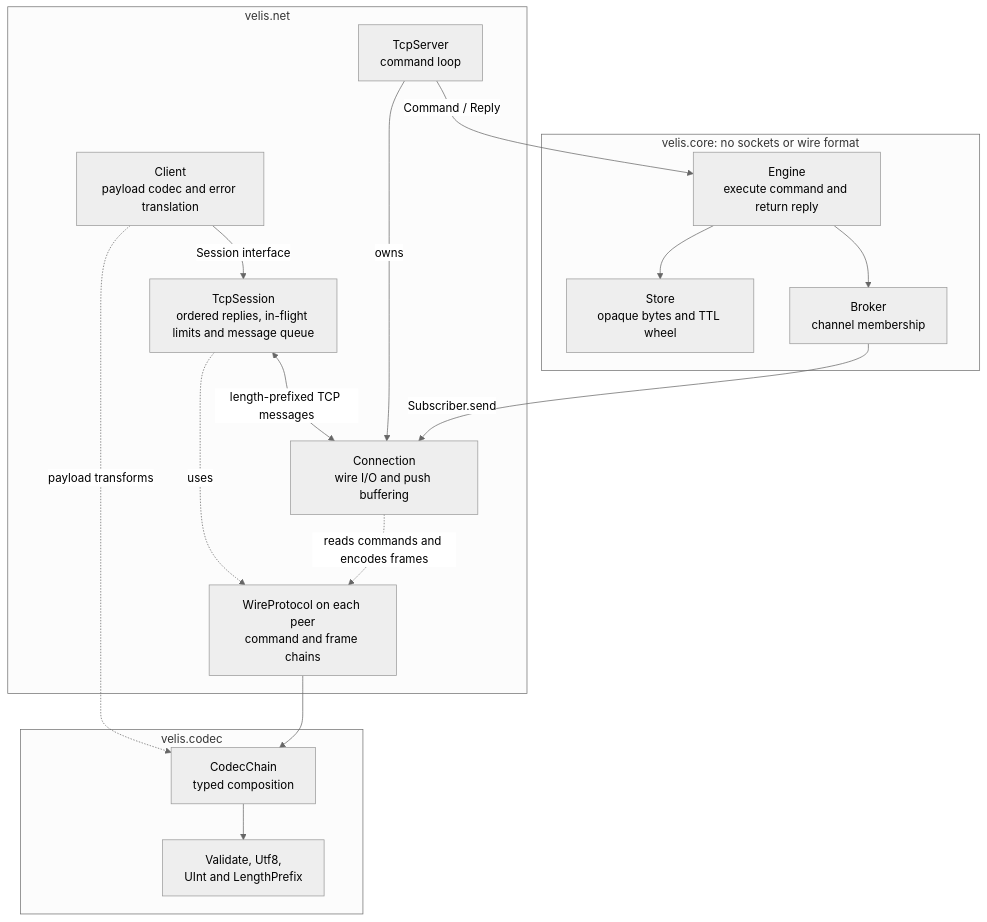
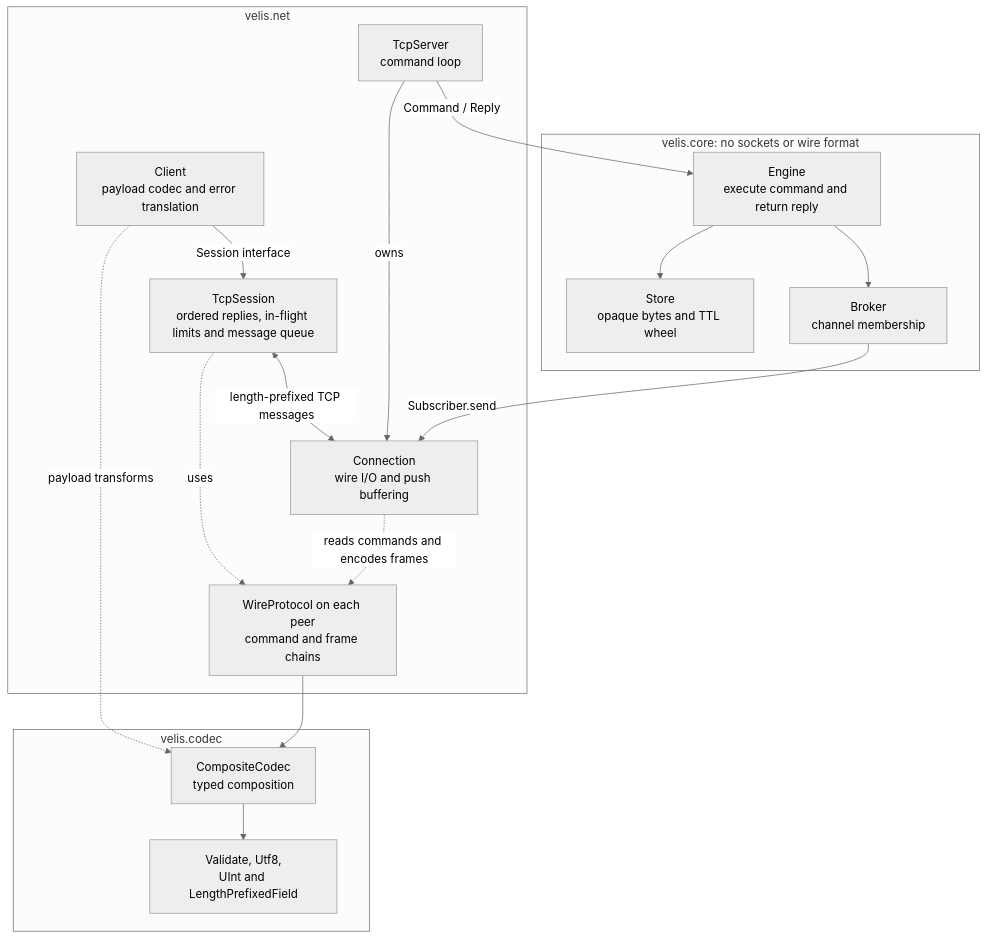
One commit to gchape/velis changed the first of 6 diagrams in README.md. Above: the diagram before and after it, drawn with Mermaid (neutral theme). The commit also changed other lines of this file and 29 other files, not shown here.

First line of the commit message:
refactor(codec)!: split value, field and record codecs

````diff
--- a/README.md
+++ b/README.md
@@ -120,34 +120,34 @@
 ```mermaid
 flowchart TB
     subgraph net ["velis.net"]
         client["Client<br/>payload codec and error translation"]
         session["TcpSession<br/>ordered replies, in-flight limits and message queue"]
         server["TcpServer<br/>command loop"]
         conn["Connection<br/>wire I/O and push buffering"]
         wire["WireProtocol on each peer<br/>command and frame chains"]
     end
 
     subgraph codecs ["velis.codec"]
-        chain["CodecChain<br/>typed composition"]
-        stages["Validate, Utf8,<br/>UInt and LengthPrefix"]
+        chain["CompositeCodec<br/>typed composition"]
+        stages["Validate, Utf8,<br/>UInt and LengthPrefixedField"]
     end
 
     subgraph core ["velis.core: no sockets or wire format"]
         engine["Engine<br/>execute command and return reply"]
         store["Store<br/>opaque bytes and TTL wheel"]
         broker["Broker<br/>channel membership"]
     end
 
     client -->|"Session interface"| session
     session <-->|"length-prefixed TCP messages"| conn
     server -->|"owns"| conn
     server -->|"Command / Reply"| engine
     session -.->|"uses"| wire
     conn -.->|"reads commands and encodes frames"| wire
     client -.->|"payload transforms"| chain
     wire --> chain
     chain --> stages
     engine --> store
     engine --> broker
     broker -->|"Subscriber.send"| conn
 ```
````
